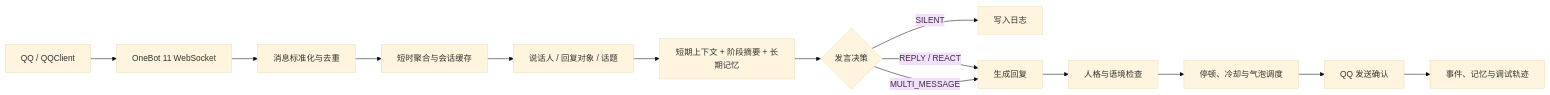
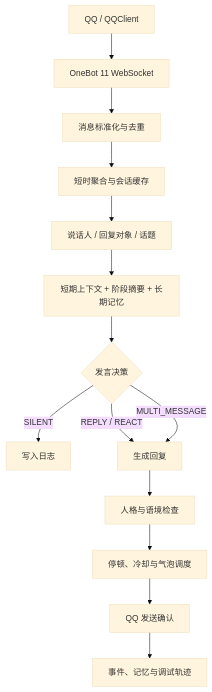
The diagram in README.md (TodayYueC/LuckyTri), drawn with Mermaid (base theme) before and after one commit. The commit also changed other lines of this file and 5 other files, not shown here.

````diff
--- a/README.md
+++ b/README.md
@@ -43,16 +43,16 @@
 ```mermaid
-flowchart LR
+flowchart TD
   A[QQ / QQClient] --> B[OneBot 11 WebSocket]
   B --> C[消息标准化与去重]
   C --> D[短时聚合与会话缓存]
   D --> E[说话人 / 回复对象 / 话题]
   E --> F[短期上下文 + 阶段摘要 + 长期记忆]
   F --> G{发言决策}
   G -->|SILENT| H[写入日志]
   G -->|REPLY / REACT| I[生成回复]
   G -->|MULTI_MESSAGE| I
   I --> J[人格与语境检查]
   J --> K[停顿、冷却与气泡调度]
   K --> L[QQ 发送确认]
   L --> M[事件、记忆与调试轨迹]
 ```
````
